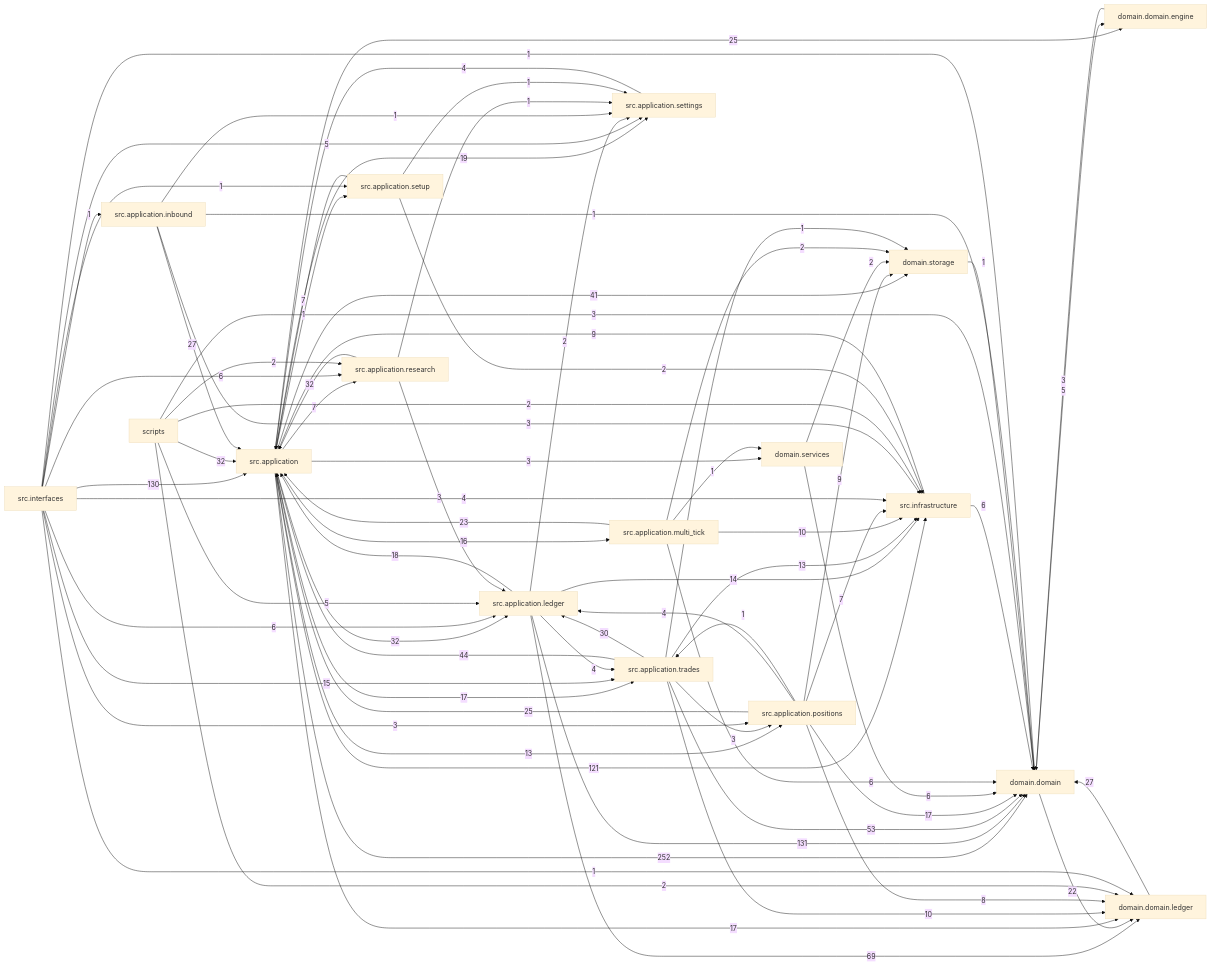
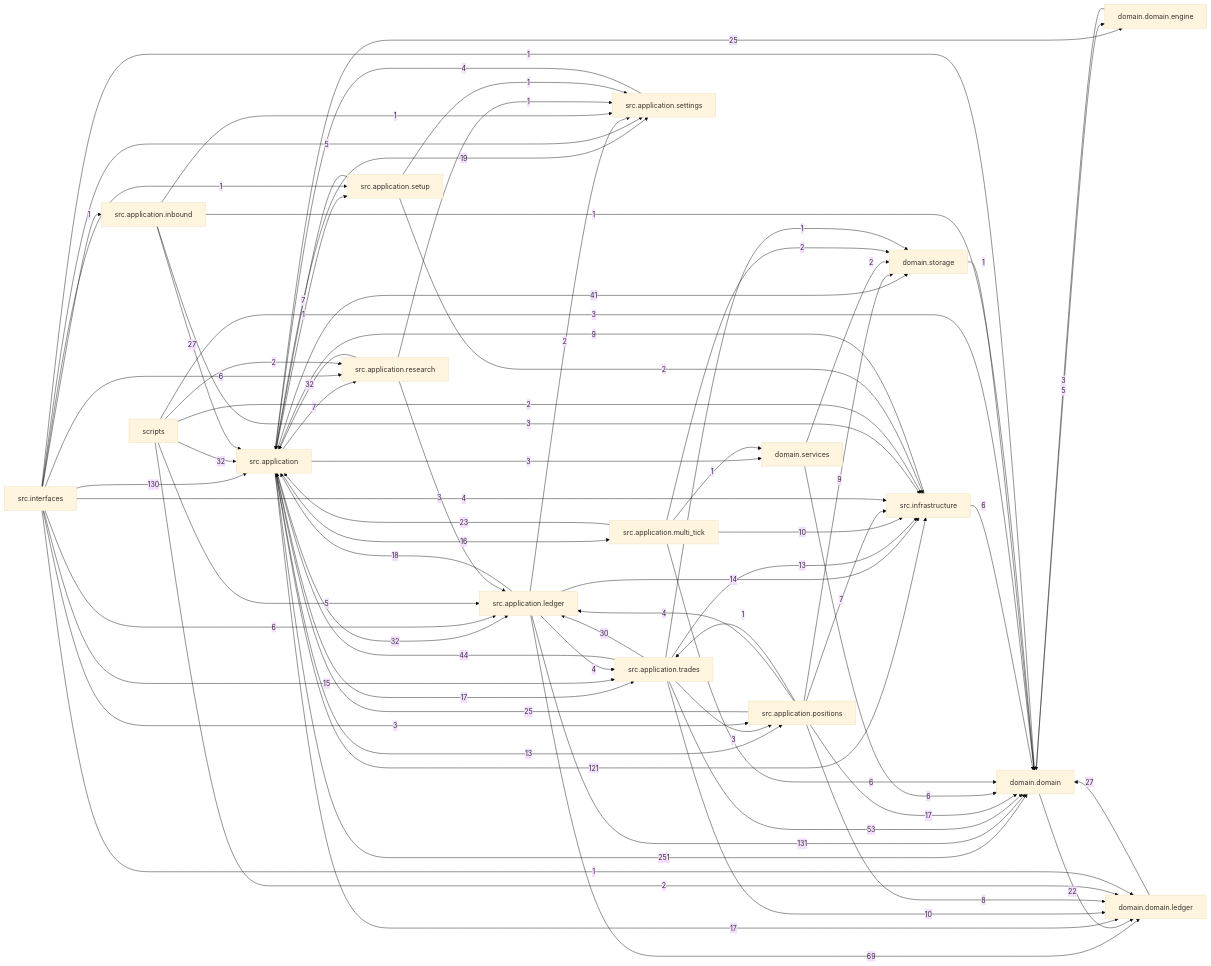
The diagram in docs/dependency_graph.mmd (liuxie066/options-monitor), drawn with Mermaid (base theme) before and after one commit. The commit also changed 1 other file, not shown here.

```diff
--- a/docs/dependency_graph.mmd
+++ b/docs/dependency_graph.mmd
@@ -1,76 +1,76 @@
 flowchart LR
-  src_application["src.application"] -->|252| domain_domain["domain.domain"]
+  src_application["src.application"] -->|251| domain_domain["domain.domain"]
   src_application_ledger["src.application.ledger"] -->|131| domain_domain["domain.domain"]
   src_interfaces["src.interfaces"] -->|130| src_application["src.application"]
   src_application["src.application"] -->|121| src_infrastructure["src.infrastructure"]
   src_application_ledger["src.application.ledger"] -->|69| domain_domain_ledger["domain.domain.ledger"]
   src_application_trades["src.application.trades"] -->|53| domain_domain["domain.domain"]
   src_application_trades["src.application.trades"] -->|44| src_application["src.application"]
   src_application["src.application"] -->|41| domain_storage["domain.storage"]
   scripts["scripts"] -->|32| src_application["src.application"]
   src_application["src.application"] -->|32| src_application_ledger["src.application.ledger"]
   src_application_research["src.application.research"] -->|32| src_application["src.application"]
   src_application_trades["src.application.trades"] -->|30| src_application_ledger["src.application.ledger"]
   domain_domain_ledger["domain.domain.ledger"] -->|27| domain_domain["domain.domain"]
   src_application_inbound["src.application.inbound"] -->|27| src_application["src.application"]
   src_application["src.application"] -->|25| domain_domain_engine["domain.domain.engine"]
   src_application_positions["src.application.positions"] -->|25| src_application["src.application"]
   src_application_multi_tick["src.application.multi_tick"] -->|23| src_application["src.application"]
   domain_domain["domain.domain"] -->|22| domain_domain_ledger["domain.domain.ledger"]
   src_application["src.application"] -->|19| src_application_settings["src.application.settings"]
   src_application_ledger["src.application.ledger"] -->|18| src_application["src.application"]
   src_application["src.application"] -->|17| domain_domain_ledger["domain.domain.ledger"]
   src_application["src.application"] -->|17| src_application_trades["src.application.trades"]
   src_application_positions["src.application.positions"] -->|17| domain_domain["domain.domain"]
   src_application["src.application"] -->|16| src_application_multi_tick["src.application.multi_tick"]
   src_interfaces["src.interfaces"] -->|15| src_application_trades["src.application.trades"]
   src_application_ledger["src.application.ledger"] -->|14| src_infrastructure["src.infrastructure"]
   src_application["src.application"] -->|13| src_application_positions["src.application.positions"]
   src_application_trades["src.application.trades"] -->|13| src_infrastructure["src.infrastructure"]
   src_application_multi_tick["src.application.multi_tick"] -->|10| src_infrastructure["src.infrastructure"]
   src_application_trades["src.application.trades"] -->|10| domain_domain_ledger["domain.domain.ledger"]
   src_application_positions["src.application.positions"] -->|9| domain_storage["domain.storage"]
   src_infrastructure["src.infrastructure"] -->|9| src_application["src.application"]
   src_application_positions["src.application.positions"] -->|8| domain_domain_ledger["domain.domain.ledger"]
   src_application["src.application"] -->|7| src_application_research["src.application.research"]
   src_application_positions["src.application.positions"] -->|7| src_infrastructure["src.infrastructure"]
   src_application_setup["src.application.setup"] -->|7| src_application["src.application"]
   domain_services["domain.services"] -->|6| domain_domain["domain.domain"]
   src_application_multi_tick["src.application.multi_tick"] -->|6| domain_domain["domain.domain"]
   src_infrastructure["src.infrastructure"] -->|6| domain_domain["domain.domain"]
   src_interfaces["src.interfaces"] -->|6| src_application_ledger["src.application.ledger"]
   src_interfaces["src.interfaces"] -->|6| src_application_research["src.application.research"]
   domain_domain["domain.domain"] -->|5| domain_domain_engine["domain.domain.engine"]
   scripts["scripts"] -->|5| src_application_ledger["src.application.ledger"]
   src_interfaces["src.interfaces"] -->|5| src_application_settings["src.application.settings"]
   src_application_ledger["src.application.ledger"] -->|4| src_application_trades["src.application.trades"]
   src_application_positions["src.application.positions"] -->|4| src_application_ledger["src.application.ledger"]
   src_application_settings["src.application.settings"] -->|4| src_application["src.application"]
   src_interfaces["src.interfaces"] -->|4| src_infrastructure["src.infrastructure"]
   domain_domain_engine["domain.domain.engine"] -->|3| domain_domain["domain.domain"]
   scripts["scripts"] -->|3| domain_domain["domain.domain"]
   src_application["src.application"] -->|3| domain_services["domain.services"]
   src_application_inbound["src.application.inbound"] -->|3| src_infrastructure["src.infrastructure"]
   src_application_research["src.application.research"] -->|3| src_application_ledger["src.application.ledger"]
   src_application_trades["src.application.trades"] -->|3| src_application_positions["src.application.positions"]
   src_interfaces["src.interfaces"] -->|3| src_application_positions["src.application.positions"]
   domain_services["domain.services"] -->|2| domain_storage["domain.storage"]
   scripts["scripts"] -->|2| domain_domain_ledger["domain.domain.ledger"]
   scripts["scripts"] -->|2| src_application_research["src.application.research"]
   scripts["scripts"] -->|2| src_infrastructure["src.infrastructure"]
   src_application_ledger["src.application.ledger"] -->|2| src_application_settings["src.application.settings"]
   src_application_multi_tick["src.application.multi_tick"] -->|2| domain_storage["domain.storage"]
   src_application_setup["src.application.setup"] -->|2| src_infrastructure["src.infrastructure"]
   domain_storage["domain.storage"] -->|1| domain_domain["domain.domain"]
   src_application["src.application"] -->|1| src_application_setup["src.application.setup"]
   src_application_inbound["src.application.inbound"] -->|1| domain_domain["domain.domain"]
   src_application_inbound["src.application.inbound"] -->|1| src_application_settings["src.application.settings"]
   src_application_multi_tick["src.application.multi_tick"] -->|1| domain_services["domain.services"]
   src_application_positions["src.application.positions"] -->|1| src_application_trades["src.application.trades"]
   src_application_research["src.application.research"] -->|1| src_application_settings["src.application.settings"]
   src_application_setup["src.application.setup"] -->|1| src_application_settings["src.application.settings"]
   src_application_trades["src.application.trades"] -->|1| domain_storage["domain.storage"]
   src_interfaces["src.interfaces"] -->|1| domain_domain["domain.domain"]
   src_interfaces["src.interfaces"] -->|1| domain_domain_ledger["domain.domain.ledger"]
   src_interfaces["src.interfaces"] -->|1| src_application_inbound["src.application.inbound"]
   src_interfaces["src.interfaces"] -->|1| src_application_setup["src.application.setup"]
```
